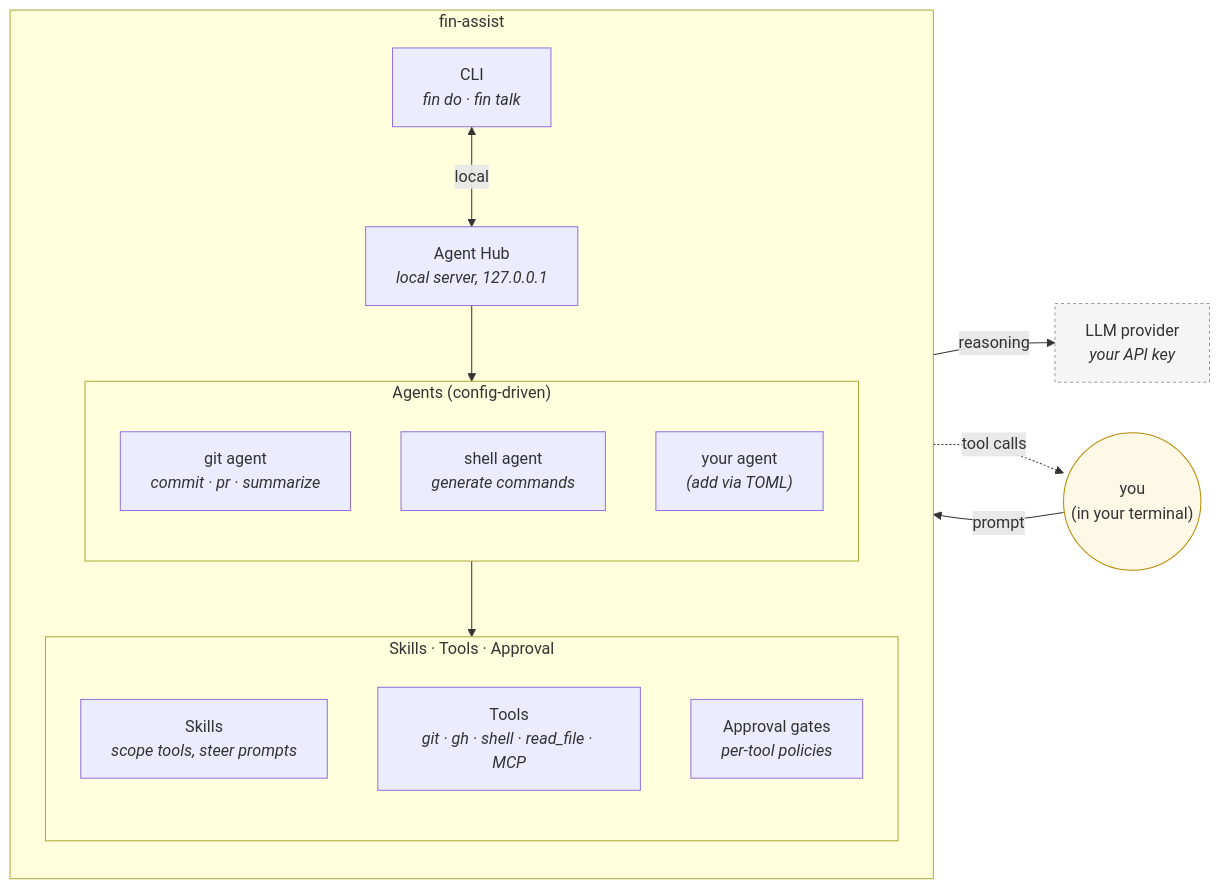
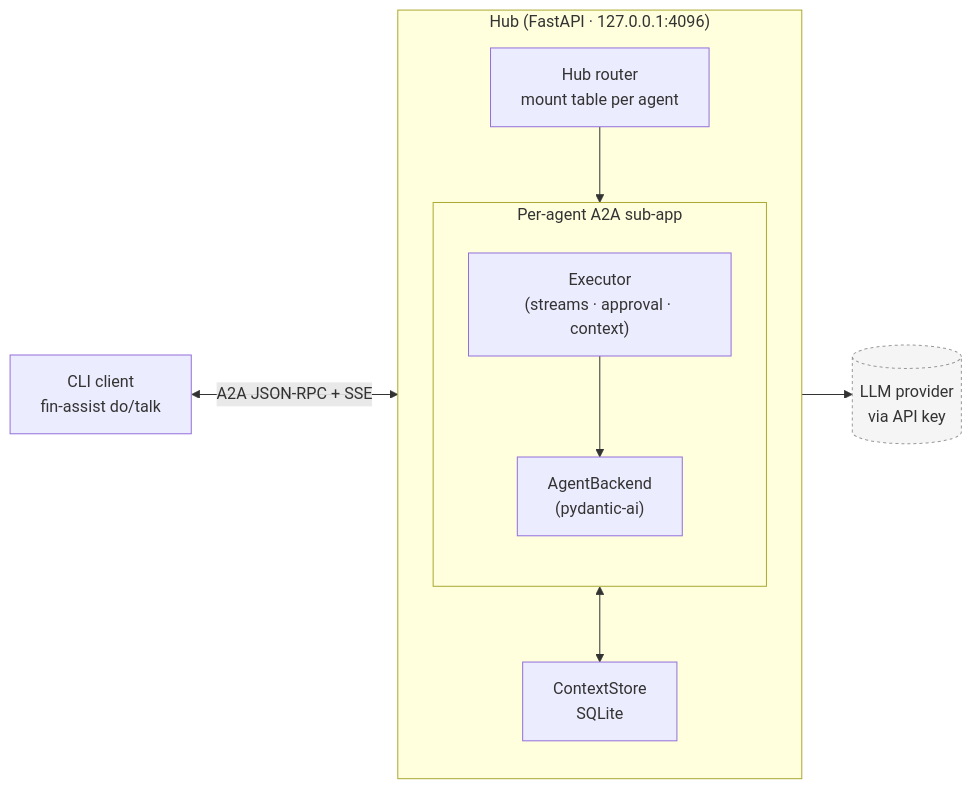
One commit to ColeB1722/fin-assist changed the diagram in README.md. Above: the diagram before and after it, drawn with Mermaid. The commit also changed other lines of this file and 1 other file, not shown here.

````diff
--- a/README.md
+++ b/README.md
@@ -29,38 +58,28 @@
 ```mermaid
 flowchart LR
-    USER(("you<br/>(in your terminal)"))
+    CLI["CLI client<br/>fin-assist do/talk"]
 
-    subgraph FIN["fin-assist"]
+    subgraph HUB["Hub (FastAPI · 127.0.0.1:4096)"]
         direction TB
-        CLI["CLI<br/><i>fin do · fin talk</i>"]
-        HUB["Agent Hub<br/><i>local server, 127.0.0.1</i>"]
+        ROUTER["Hub router<br/>mount table per agent"]
 
-        subgraph AGENTS["Agents (config-driven)"]
+        subgraph SUB["Per-agent A2A sub-app"]
             direction TB
-            GIT["git agent<br/><i>commit · pr · summarize</i>"]
-            SHELL["shell agent<br/><i>generate commands</i>"]
-            CUSTOM["your agent<br/><i>(add via TOML)</i>"]
+            EXEC["Executor<br/>(streams · approval · context)"]
+            BACKEND["AgentBackend<br/>(pydantic-ai)"]
         end
 
-        subgraph CAPS["Skills · Tools · Approval"]
-            direction TB
-            SKILLS["Skills<br/><i>scope tools, steer prompts</i>"]
-            TOOLS["Tools<br/><i>git · gh · shell · read_file · MCP</i>"]
-            APPROVAL["Approval gates<br/><i>per-tool policies</i>"]
-        end
+        STORE["ContextStore<br/>SQLite"]
     end
 
-    LLM["LLM provider<br/><i>your API key</i>"]
+    LLM[("LLM provider<br/>via API key")]
 
-    USER -->|"prompt"| CLI
-    CLI <-->|"local"| HUB
-    HUB --> AGENTS
-    AGENTS --> CAPS
-    CAPS -->|"reasoning"| LLM
-    CAPS -.->|"tool calls"| USER
+    CLI <-->|"A2A JSON-RPC + SSE"| ROUTER
+    ROUTER --> EXEC
+    EXEC --> BACKEND
+    EXEC <--> STORE
+    BACKEND --> LLM
 
     classDef external fill:#f5f5f5,stroke:#999,stroke-dasharray: 3 3
     class LLM external
-    classDef user fill:#fef9e7,stroke:#b58900
-    class USER user
 ```
````
